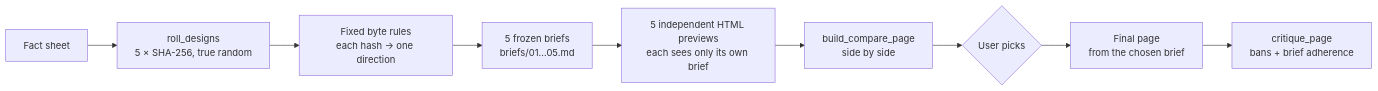
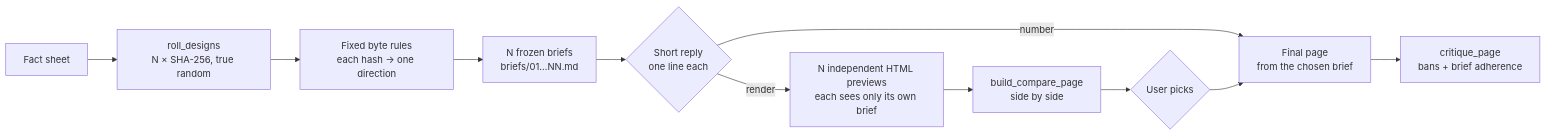
One commit to qybaihe/hash-design changed the diagram in README.md. Above: the diagram before and after it, drawn with Mermaid. The commit also changed other lines of this file and 4 other files, not shown here.

````diff
--- a/README.md
+++ b/README.md
@@ -182,11 +224,13 @@
 ```mermaid
 flowchart LR
-  A[Fact sheet] --> B[roll_designs<br/>5 × SHA-256, true random]
+  A[Fact sheet] --> B[roll_designs<br/>N × SHA-256, true random]
   B --> C[Fixed byte rules<br/>each hash → one direction]
-  C --> D[5 frozen briefs<br/>briefs/01…05.md]
-  D --> E[5 independent HTML previews<br/>each sees only its own brief]
+  C --> D[N frozen briefs<br/>briefs/01…NN.md]
+  D --> R{Short reply<br/>one line each}
+  R -->|render| E[N independent HTML previews<br/>each sees only its own brief]
   E --> F[build_compare_page<br/>side by side]
   F --> G{User picks}
+  R -->|number| H
   G --> H[Final page<br/>from the chosen brief]
   H --> I[critique_page<br/>bans + brief adherence]
 ```
````
